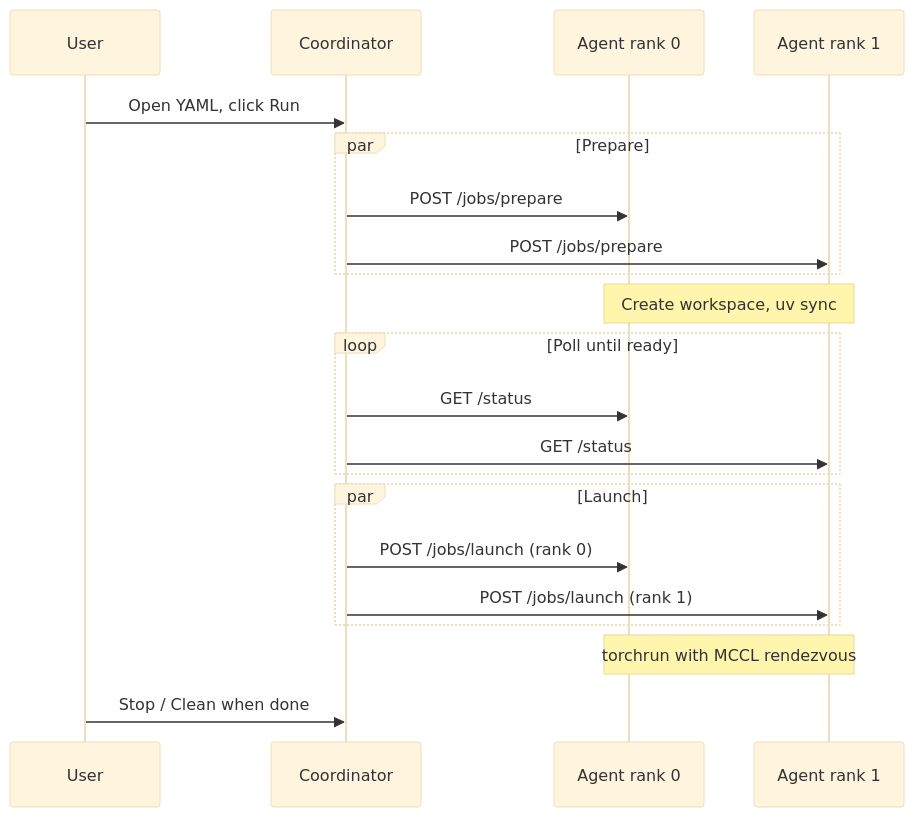
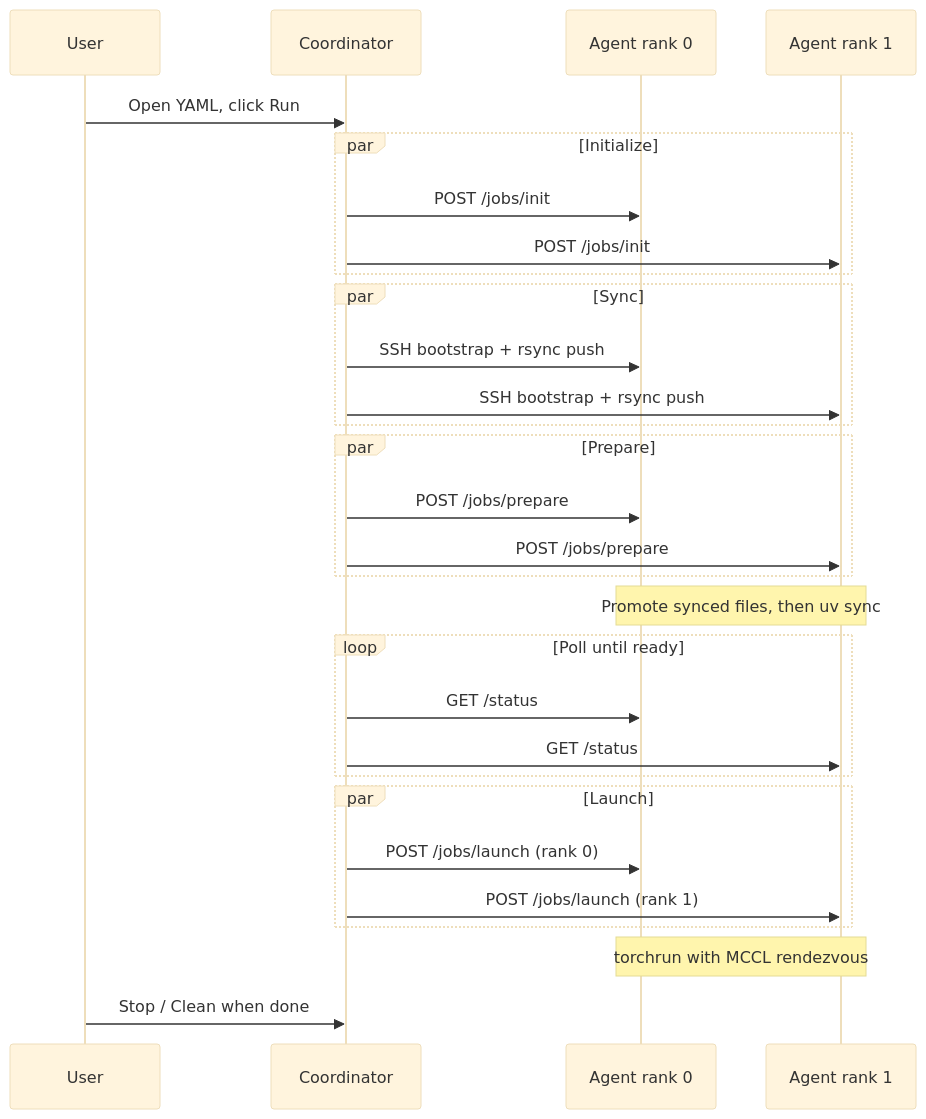
One commit to goldberg-consulting/distribute-metal changed the diagram in README.md. Above: the diagram before and after it, drawn with Mermaid (base theme). The commit also changed other lines of this file and 24 other files, not shown here.

````diff
--- a/README.md
+++ b/README.md
@@ -229,24 +242,32 @@
 ```mermaid
 sequenceDiagram
     participant U as User
     participant C as Coordinator
     participant A1 as Agent rank 0
     participant A2 as Agent rank 1
 
     U->>C: Open YAML, click Run
+    par Initialize
+        C->>A1: POST /jobs/init
+        C->>A2: POST /jobs/init
+    end
+    par Sync
+        C->>A1: SSH bootstrap + rsync push
+        C->>A2: SSH bootstrap + rsync push
+    end
     par Prepare
         C->>A1: POST /jobs/prepare
         C->>A2: POST /jobs/prepare
     end
-    Note over A1,A2: Create workspace, uv sync
+    Note over A1,A2: Promote synced files, then uv sync
     loop Poll until ready
         C->>A1: GET /status
         C->>A2: GET /status
     end
     par Launch
         C->>A1: POST /jobs/launch (rank 0)
         C->>A2: POST /jobs/launch (rank 1)
     end
     Note over A1,A2: torchrun with MCCL rendezvous
     U->>C: Stop / Clean when done
 ```
````
